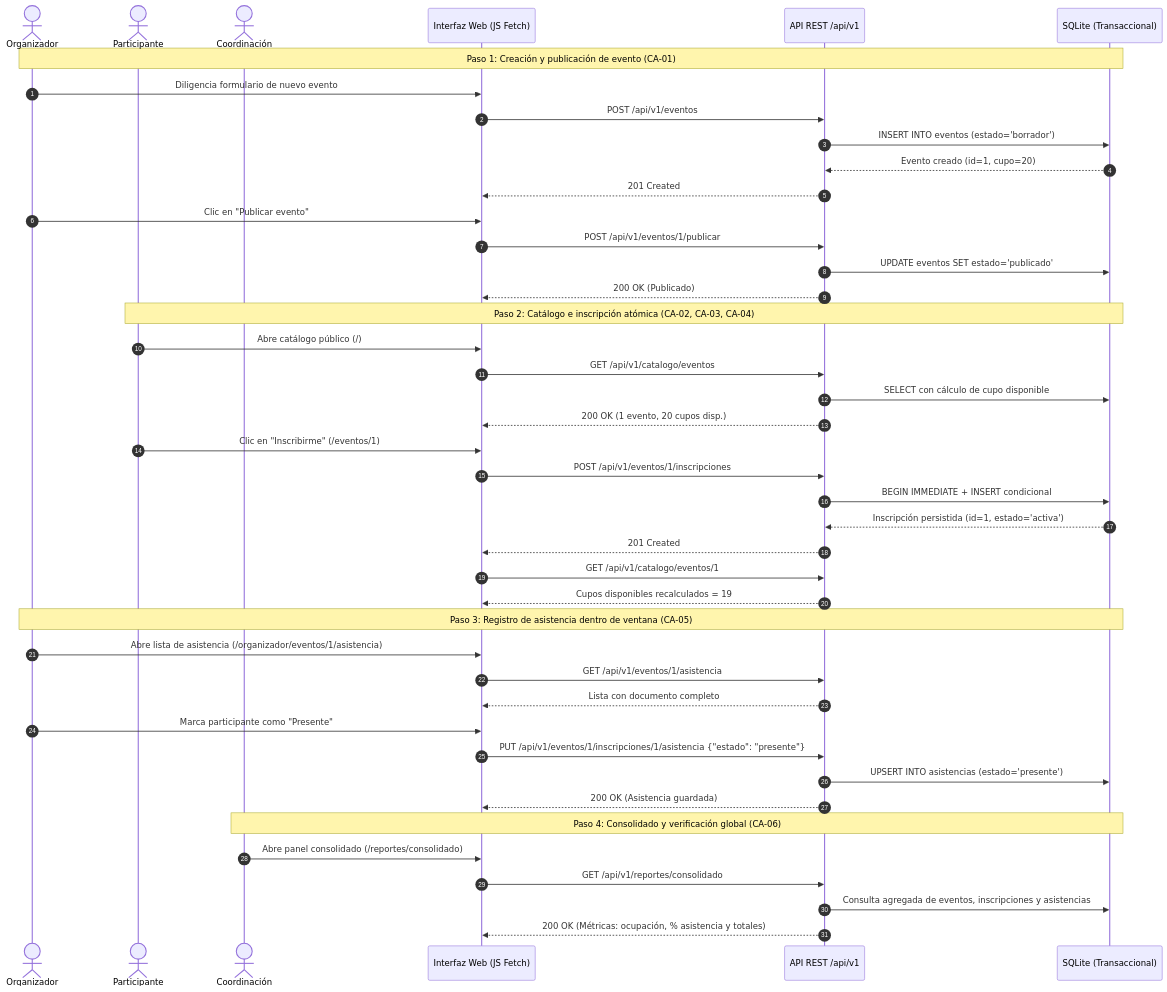
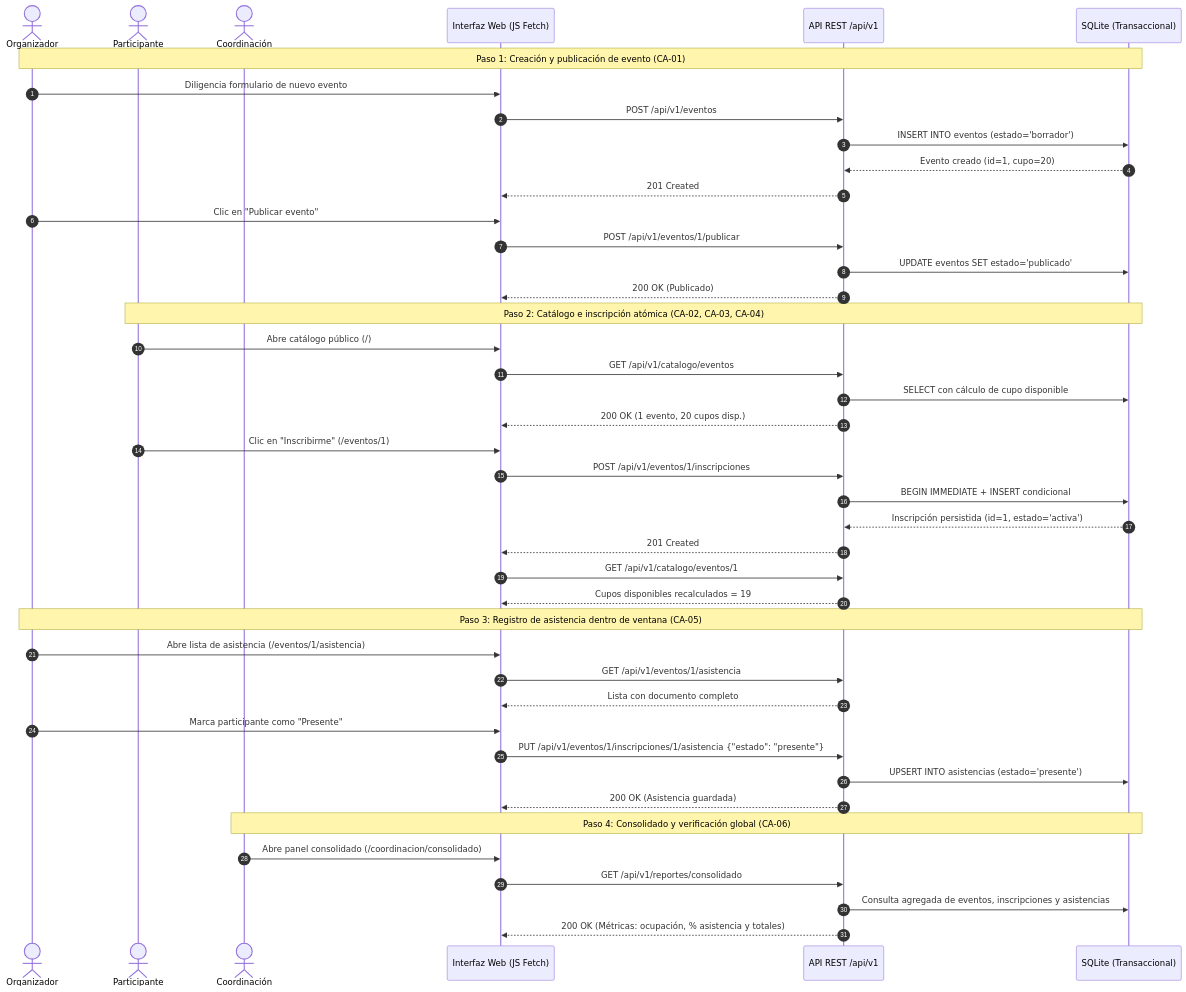
One commit to EmanuelChavarria/Eventos_Actividades_Academicas_itm changed the diagram in docs/pruebas/PF-12.md. Above: the diagram before and after it, drawn with Mermaid. The commit also changed other lines of this file and 6 other files, not shown here.

````diff
--- a/docs/pruebas/PF-12.md
+++ b/docs/pruebas/PF-12.md
@@ -24,49 +24,49 @@
 ```mermaid
 sequenceDiagram
     autonumber
     actor Org as Organizador
     actor Part as Participante
     actor Coord as Coordinación
     participant Web as Interfaz Web (JS Fetch)
     participant API as API REST /api/v1
     participant BD as SQLite (Transaccional)
 
     Note over Org,BD: Paso 1: Creación y publicación de evento (CA-01)
     Org->>Web: Diligencia formulario de nuevo evento
     Web->>API: POST /api/v1/eventos
     API->>BD: INSERT INTO eventos (estado='borrador')
     BD-->>API: Evento creado (id=1, cupo=20)
     API-->>Web: 201 Created
     Org->>Web: Clic en "Publicar evento"
     Web->>API: POST /api/v1/eventos/1/publicar
     API->>BD: UPDATE eventos SET estado='publicado'
     API-->>Web: 200 OK (Publicado)
 
     Note over Part,BD: Paso 2: Catálogo e inscripción atómica (CA-02, CA-03, CA-04)
     Part->>Web: Abre catálogo público (/)
     Web->>API: GET /api/v1/catalogo/eventos
     API->>BD: SELECT con cálculo de cupo disponible
     API-->>Web: 200 OK (1 evento, 20 cupos disp.)
     Part->>Web: Clic en "Inscribirme" (/eventos/1)
     Web->>API: POST /api/v1/eventos/1/inscripciones
     API->>BD: BEGIN IMMEDIATE + INSERT condicional
     BD-->>API: Inscripción persistida (id=1, estado='activa')
     API-->>Web: 201 Created
     Web->>API: GET /api/v1/catalogo/eventos/1
     API-->>Web: Cupos disponibles recalculados = 19
 
     Note over Org,BD: Paso 3: Registro de asistencia dentro de ventana (CA-05)
-    Org->>Web: Abre lista de asistencia (/organizador/eventos/1/asistencia)
+    Org->>Web: Abre lista de asistencia (/eventos/1/asistencia)
     Web->>API: GET /api/v1/eventos/1/asistencia
     API-->>Web: Lista con documento completo
     Org->>Web: Marca participante como "Presente"
     Web->>API: PUT /api/v1/eventos/1/inscripciones/1/asistencia {"estado": "presente"}
     API->>BD: UPSERT INTO asistencias (estado='presente')
     API-->>Web: 200 OK (Asistencia guardada)
 
     Note over Coord,BD: Paso 4: Consolidado y verificación global (CA-06)
-    Coord->>Web: Abre panel consolidado (/reportes/consolidado)
+    Coord->>Web: Abre panel consolidado (/coordinacion/consolidado)
     Web->>API: GET /api/v1/reportes/consolidado
     API->>BD: Consulta agregada de eventos, inscripciones y asistencias
     API-->>Web: 200 OK (Métricas: ocupación, % asistencia y totales)
 ```
````
